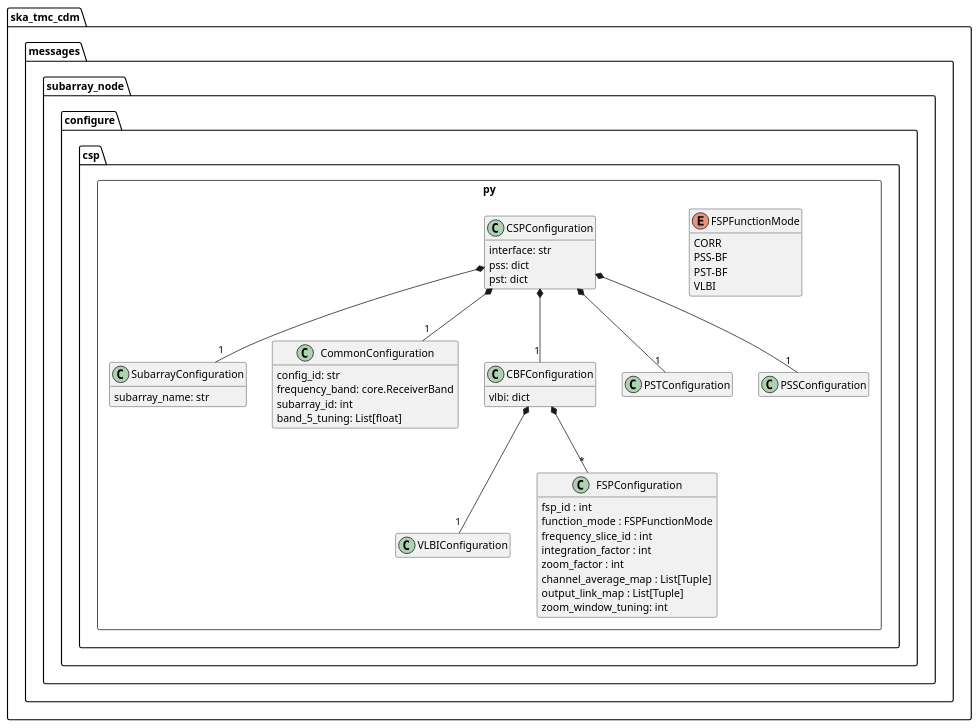
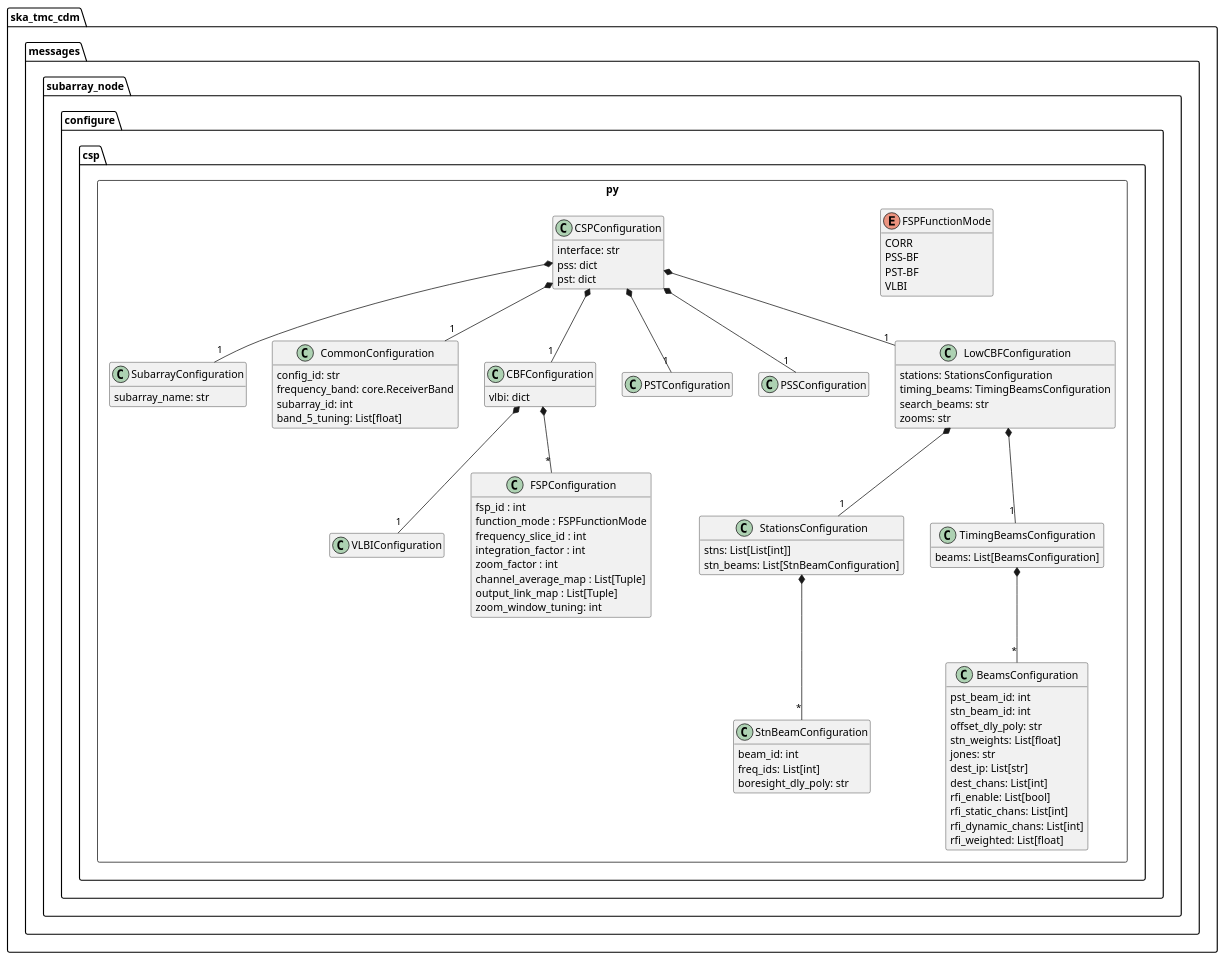
The diagram in docs/src/developer/subarraynode/csp.puml (ska-telescope/cdm-shared-library), drawn with PlantUML before and after one commit. The commit also changed 1 other file, not shown here.

```diff
--- a/docs/src/developer/subarraynode/csp.puml
+++ b/docs/src/developer/subarraynode/csp.puml
@@ -1,75 +1,115 @@
 @startuml
 hide empty members
 
 ' Remove the following lines when VLBI, PSS and PST
 ' are added to CDM
 remove VLBIConfiguration
 remove PSTConfiguration
 remove PSSConfiguration
 
 package ska_tmc_cdm.messages.subarray_node.configure {
 	package csp.py <<Rectangle>> {
 
 	    class SubarrayConfiguration {
 	        subarray_name: str
 	    }
 
 	    class CommonConfiguration {
 	        config_id: str
             frequency_band: core.ReceiverBand
             subarray_id: int
             band_5_tuning: List[float]
 	    }
 
 	    class CBFConfiguration {
             vlbi: dict
 	    }
 
 	    class PSTConfiguration {
 
 	    }
 
         class PSSConfiguration {
 
         }
 
         class VLBIConfiguration {
 
         }
 
 		enum FSPFunctionMode {
 			CORR
 			PSS-BF
 			PST-BF
 			VLBI
 		}
 
 		class FSPConfiguration {
 			fsp_id : int
 			function_mode : FSPFunctionMode
 			frequency_slice_id : int
 			integration_factor : int
 			zoom_factor : int
 			channel_average_map : List[Tuple]
 			output_link_map : List[Tuple]
 			zoom_window_tuning: int
 		}
 
 		class CSPConfiguration {
 	        interface: str
 	        pss: dict
 	        pst: dict
 
 		}
+
+		class LowCBFConfiguration {
+			stations: StationsConfiguration 
+			timing_beams: TimingBeamsConfiguration
+			search_beams: str
+			zooms: str
+		}
+
+		class StationsConfiguration {
+			stns: List[List[int]]
+        	stn_beams: List[StnBeamConfiguration]
+		}
+
+		class TimingBeamsConfiguration {
+			beams: List[BeamsConfiguration]
+		}
+		
+		class BeamsConfiguration {
+			pst_beam_id: int
+			stn_beam_id: int
+			offset_dly_poly: str
+			stn_weights: List[float]
+			jones: str
+			dest_ip: List[str]
+			dest_chans: List[int]
+			rfi_enable: List[bool]
+			rfi_static_chans: List[int]
+			rfi_dynamic_chans: List[int]
+			rfi_weighted: List[float]
+		}
+
+		class StnBeamConfiguration {
+			beam_id: int
+			freq_ids: List[int]
+			boresight_dly_poly: str
+		}
+
 		CBFConfiguration *-- "*" FSPConfiguration
 		CBFConfiguration *-- "1" VLBIConfiguration
 		CSPConfiguration *-- "1" CommonConfiguration
 		CSPConfiguration *-- "1" SubarrayConfiguration
 		CSPConfiguration *-- "1" CBFConfiguration
 		CSPConfiguration *-- "1" PSTConfiguration
 		CSPConfiguration *-- "1" PSSConfiguration
-
+		CSPConfiguration *-- "1" LowCBFConfiguration
+		LowCBFConfiguration *-- "1" StationsConfiguration
+		LowCBFConfiguration *-- "1" TimingBeamsConfiguration
+		TimingBeamsConfiguration *-- "*" BeamsConfiguration
+		StationsConfiguration *-- "*" StnBeamConfiguration
 	}
 }
-
 @enduml
```
